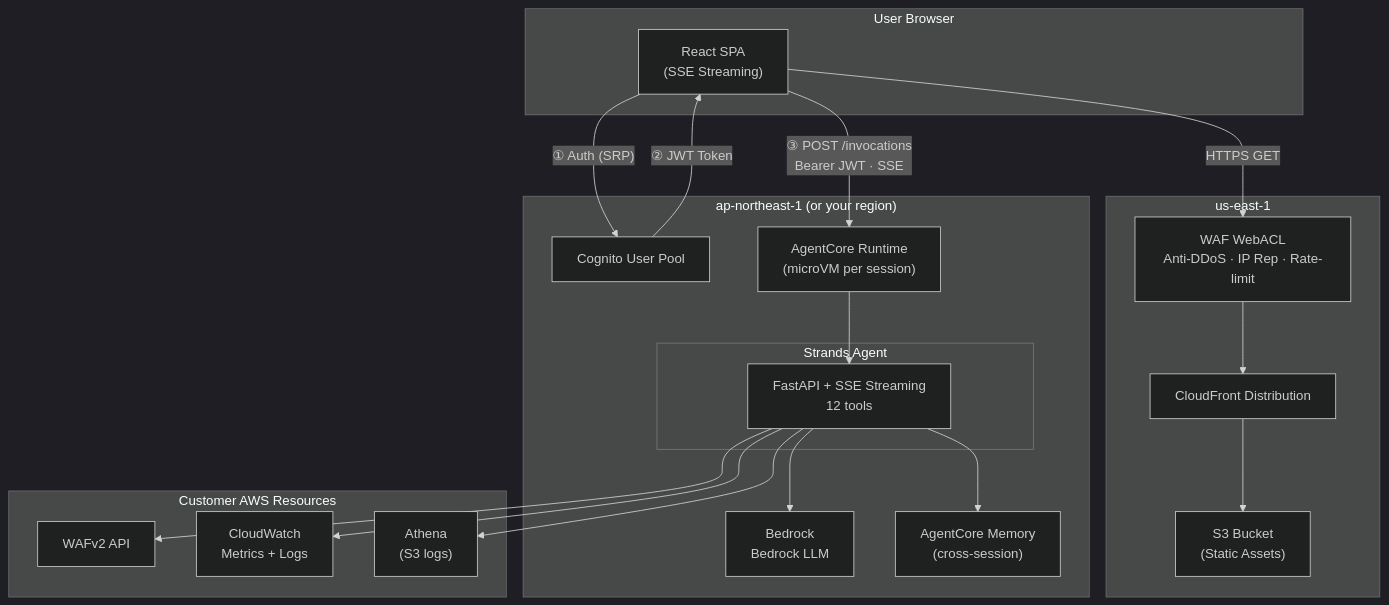
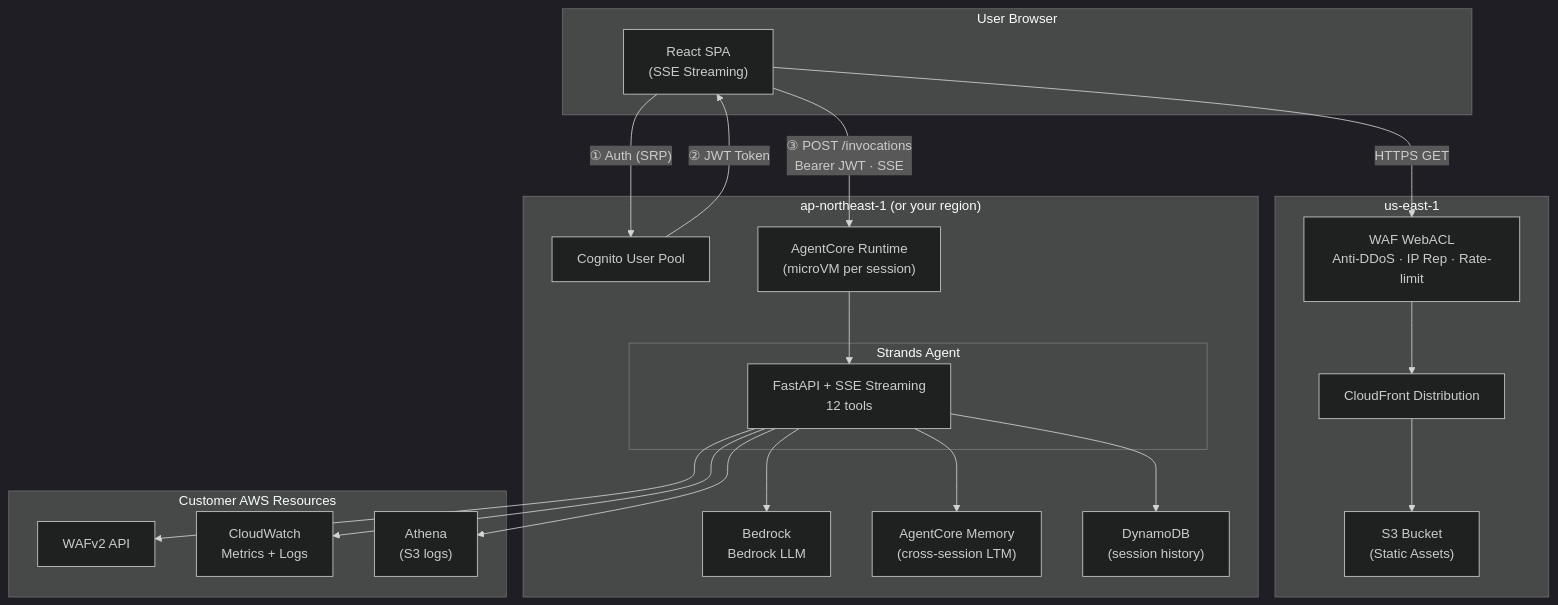
The diagram in README.md (aws-samples/sample-building-a-conversational-ai-agent-for-aws-waf-analysis-with-agentcore), drawn with Mermaid (dark theme) before and after one commit. The commit also changed other lines of this file and 6 other files, not shown here.

First line of the commit message:
Docs: update architecture diagrams, READMEs, IAM permissions, CHANGELOG for v0.4.0

````diff
--- a/README.md
+++ b/README.md
@@ -52,40 +52,42 @@
 ```mermaid
 graph TB
     subgraph User["User Browser"]
         SPA["React SPA<br/>(SSE Streaming)"]
     end
 
     subgraph CF["us-east-1"]
         CloudFront["CloudFront Distribution"]
         WAF_FE["WAF WebACL<br/>Anti-DDoS · IP Rep · Rate-limit"]
         S3["S3 Bucket<br/>(Static Assets)"]
     end
 
     subgraph Backend["ap-northeast-1 (or your region)"]
         Cognito["Cognito User Pool"]
         AC["AgentCore Runtime<br/>(microVM per session)"]
         subgraph Agent["Strands Agent"]
             FastAPI["FastAPI + SSE Streaming<br/>12 tools"]
         end
         Bedrock["Bedrock<br/>Bedrock LLM"]
-        Memory["AgentCore Memory<br/>(cross-session)"]
+        Memory["AgentCore Memory<br/>(cross-session LTM)"]
+        DDB["DynamoDB<br/>(session history)"]
     end
 
     subgraph AWS["Customer AWS Resources"]
         WAFv2["WAFv2 API"]
         CW["CloudWatch<br/>Metrics + Logs"]
         Athena["Athena<br/>(S3 logs)"]
     end
 
     SPA -->|"HTTPS GET"| WAF_FE
     WAF_FE --> CloudFront --> S3
     SPA -->|"① Auth (SRP)"| Cognito
     Cognito -->|"② JWT Token"| SPA
     SPA -->|"③ POST /invocations<br/>Bearer JWT · SSE"| AC
     AC --> FastAPI
     FastAPI --> Bedrock
     FastAPI --> Memory
+    FastAPI --> DDB
     FastAPI --> WAFv2
     FastAPI --> CW
     FastAPI --> Athena
 ```
````
